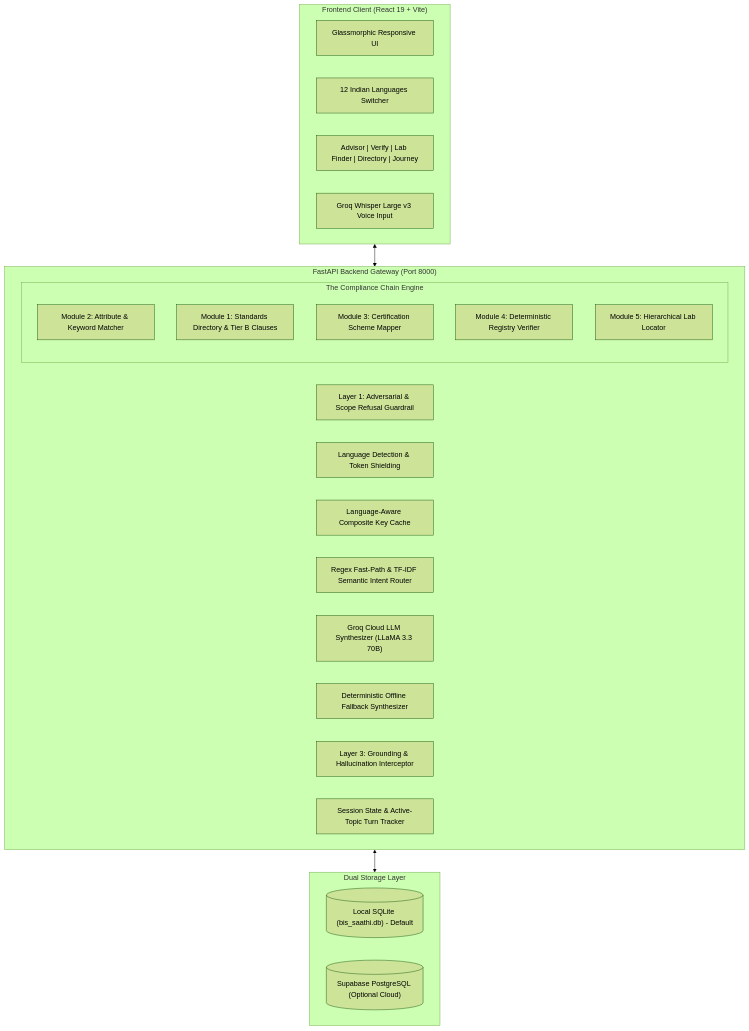
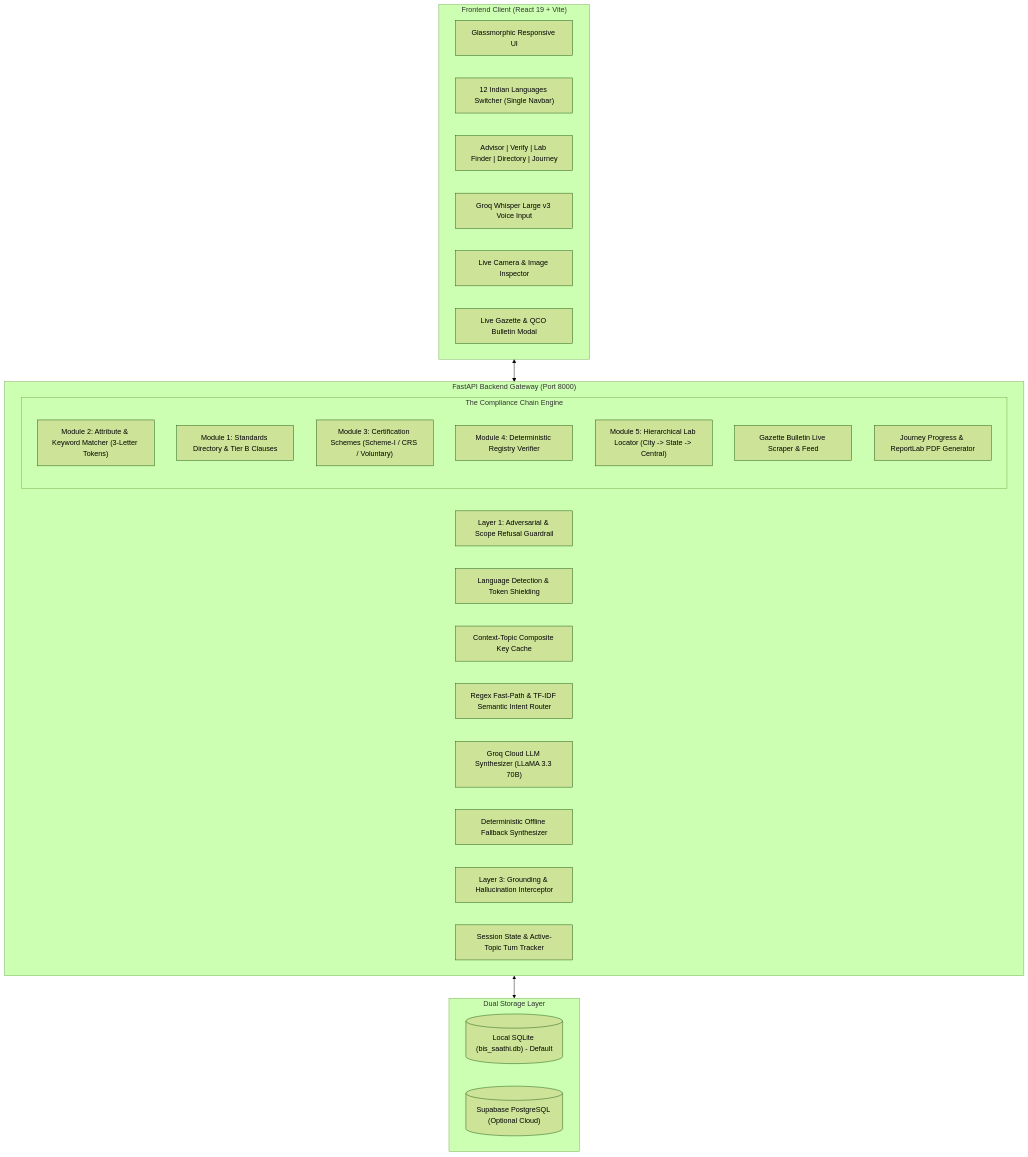
Before and after one commit to Anandakrishnan-VP/snakegame: the diagram in README.md, drawn with Mermaid (forest theme). The commit also changed other lines of this file, not shown here.

Commit message:
Update README with latest features, architecture, and test suite documentation

````diff
--- a/README.md
+++ b/README.md
@@ -72,37 +94,41 @@
 ```mermaid
 flowchart TD
     subgraph Client["Frontend Client (React 19 + Vite)"]
         UI["Glassmorphic Responsive UI"]
-        Lang["12 Indian Languages Switcher"]
+        Lang["12 Indian Languages Switcher (Single Navbar)"]
         Tabs["Advisor | Verify | Lab Finder | Directory | Journey"]
         Voice["Groq Whisper Large v3 Voice Input"]
+        VLM["Live Camera & Image Inspector"]
+        GazetteModal["Live Gazette & QCO Bulletin Modal"]
     end
 
     subgraph API["FastAPI Backend Gateway (Port 8000)"]
         PreGuard["Layer 1: Adversarial & Scope Refusal Guardrail"]
         LangResolve["Language Detection & Token Shielding"]
-        Cache["Language-Aware Composite Key Cache"]
+        Cache["Context-Topic Composite Key Cache"]
         Router["Regex Fast-Path & TF-IDF Semantic Intent Router"]
         
         subgraph Chain["The Compliance Chain Engine"]
-            M2["Module 2: Attribute & Keyword Matcher"]
+            M2["Module 2: Attribute & Keyword Matcher (3-Letter Tokens)"]
             M1["Module 1: Standards Directory & Tier B Clauses"]
-            M3["Module 3: Certification Scheme Mapper"]
+            M3["Module 3: Certification Schemes (Scheme-I / CRS / Voluntary)"]
             M4["Module 4: Deterministic Registry Verifier"]
-            M5["Module 5: Hierarchical Lab Locator"]
+            M5["Module 5: Hierarchical Lab Locator (City -> State -> Central)"]
+            QCO["Gazette Bulletin Live Scraper & Feed"]
+            Journey["Journey Progress & ReportLab PDF Generator"]
         end
 
         Synth["Groq Cloud LLM Synthesizer (LLaMA 3.3 70B)"]
         Fallback["Deterministic Offline Fallback Synthesizer"]
         PostGuard["Layer 3: Grounding & Hallucination Interceptor"]
         Session["Session State & Active-Topic Turn Tracker"]
     end
 
     subgraph Storage["Dual Storage Layer"]
         SQLite[("Local SQLite (bis_saathi.db) - Default")]
         Supabase[("Supabase PostgreSQL (Optional Cloud)")]
     end
 
     Client <--> API
     API <--> Storage
 ```
````
